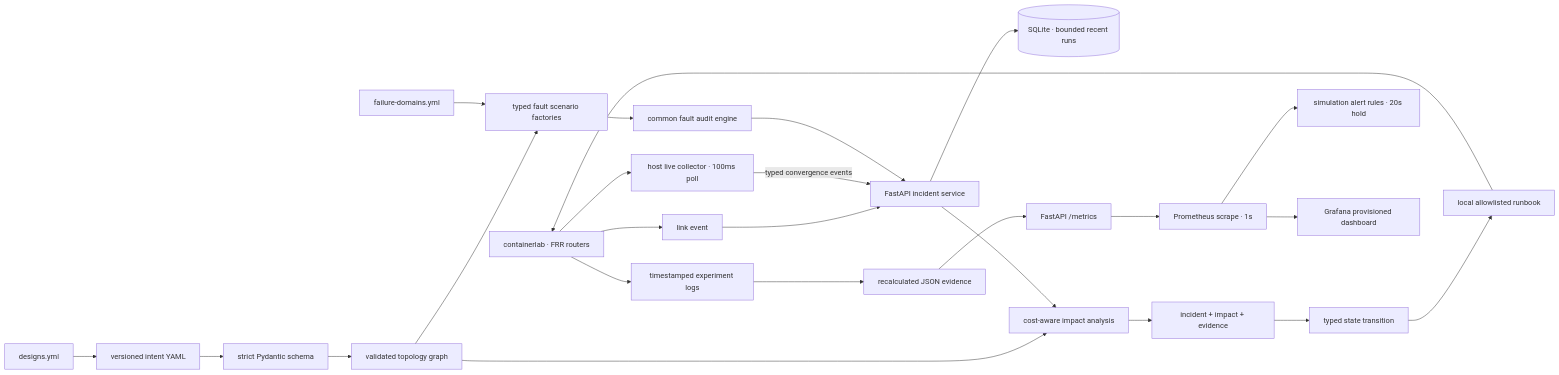
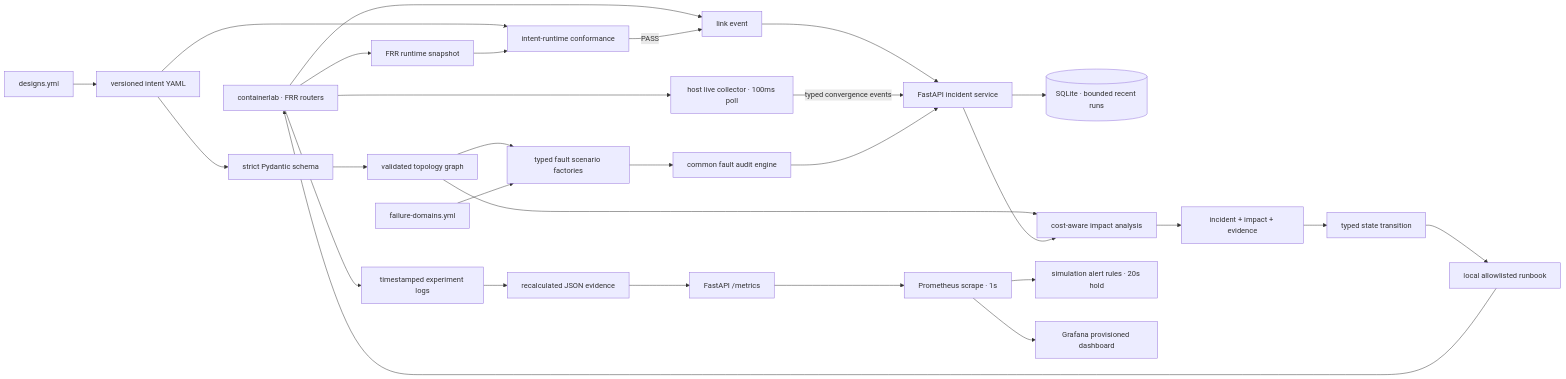
Before and after one commit to teriyakki-jin/telconet-sentinel: the first of 2 diagrams in docs/ARCHITECTURE.md, drawn with Mermaid. The commit also changed other lines of this file and 10 other files, not shown here.

Commit message:
feat: gate experiments on runtime conformance (#38)

````diff
--- a/docs/ARCHITECTURE.md
+++ b/docs/ARCHITECTURE.md
@@ -7,27 +7,31 @@
 ```mermaid
 flowchart LR
     CLAB["containerlab · FRR routers"] --> EVENT["link event"]
     EVENT --> API["FastAPI incident service"]
+    CLAB --> SNAPSHOT["FRR runtime snapshot"]
+    INTENT --> PREFLIGHT["intent-runtime conformance"]
+    SNAPSHOT --> PREFLIGHT
+    PREFLIGHT -->|PASS| EVENT
     CLAB --> COLLECTOR["host live collector · 100ms poll"]
     COLLECTOR -->|"typed convergence events"| API
     API --> STORE[("SQLite · bounded recent runs")]
     CATALOG["designs.yml"] --> INTENT["versioned intent YAML"]
     INTENT --> SCHEMA["strict Pydantic schema"]
     SCHEMA --> GRAPH["validated topology graph"]
     GRAPH --> IMPACT["cost-aware impact analysis"]
     GRAPH --> FACTORY["typed fault scenario factories"]
     DOMAINS["failure-domains.yml"] --> FACTORY
     FACTORY --> N1["common fault audit engine"]
     N1 --> API
     API --> IMPACT
     IMPACT --> INCIDENT["incident + impact + evidence"]
     INCIDENT --> APPROVAL["typed state transition"]
     APPROVAL --> RUNBOOK["local allowlisted runbook"]
     RUNBOOK --> CLAB
     CLAB --> RAW["timestamped experiment logs"]
     RAW --> EVIDENCE["recalculated JSON evidence"]
     EVIDENCE --> METRICS["FastAPI /metrics"]
     METRICS --> PROM["Prometheus scrape · 1s"]
     PROM --> RULES["simulation alert rules · 20s hold"]
     PROM --> GRAFANA["Grafana provisioned dashboard"]
 ```
````
